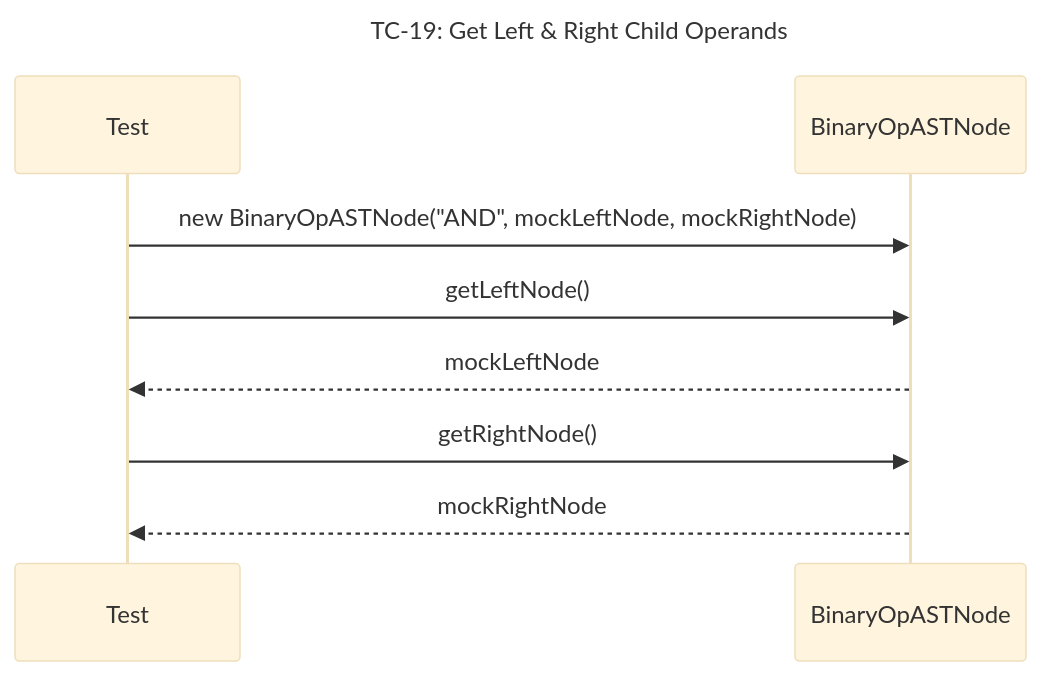
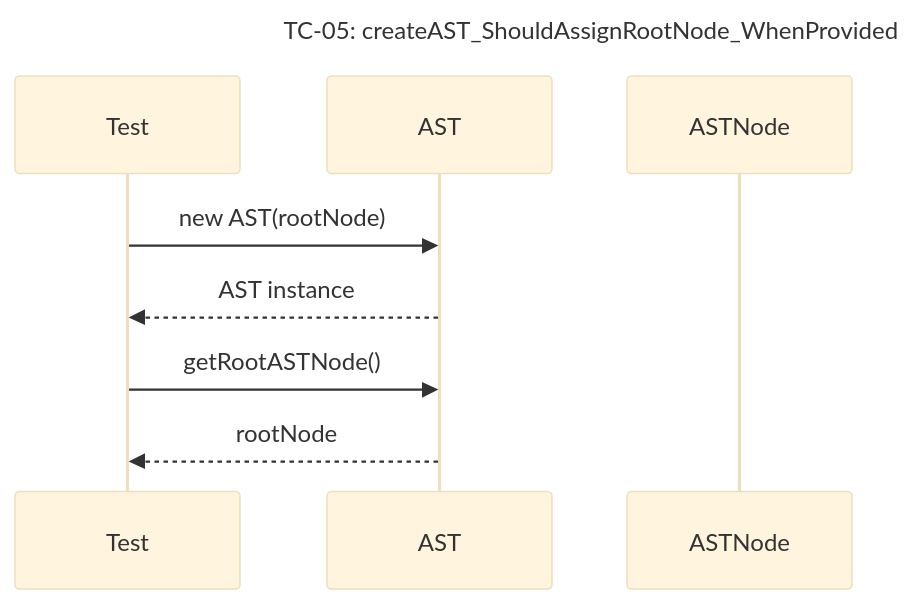
Before and after one commit to Dikhang1112/Database_Management_BBV: diagram 20 of 41 in docs/unit_test/query_prossor/SequeceTestCase.md, drawn with Mermaid (base theme). The commit also changed other lines of this file and 6 other files, not shown here.

Commit message:
Add docs sequece diagram and scenario testcase

````diff
--- a/docs/unit_test/query_prossor/SequeceTestCase.md
+++ b/docs/unit_test/query_prossor/SequeceTestCase.md
@@ -332,12 +274,12 @@
 ```mermaid
 sequenceDiagram
-    title TC-19: Get Left & Right Child Operands
+    title TC-05: createAST_ShouldAssignRootNode_WhenProvided
     participant Test
-    participant BinaryOpASTNode
+    participant AST
+    participant ASTNode
 
-    Test->>BinaryOpASTNode: new BinaryOpASTNode("AND", mockLeftNode, mockRightNode)
-    Test->>BinaryOpASTNode: getLeftNode()
-    BinaryOpASTNode-->>Test: mockLeftNode
-    Test->>BinaryOpASTNode: getRightNode()
-    BinaryOpASTNode-->>Test: mockRightNode
+    Test->>AST: new AST(rootNode)
+    AST-->>Test: AST instance
+    Test->>AST: getRootASTNode()
+    AST-->>Test: rootNode
 ```
````
